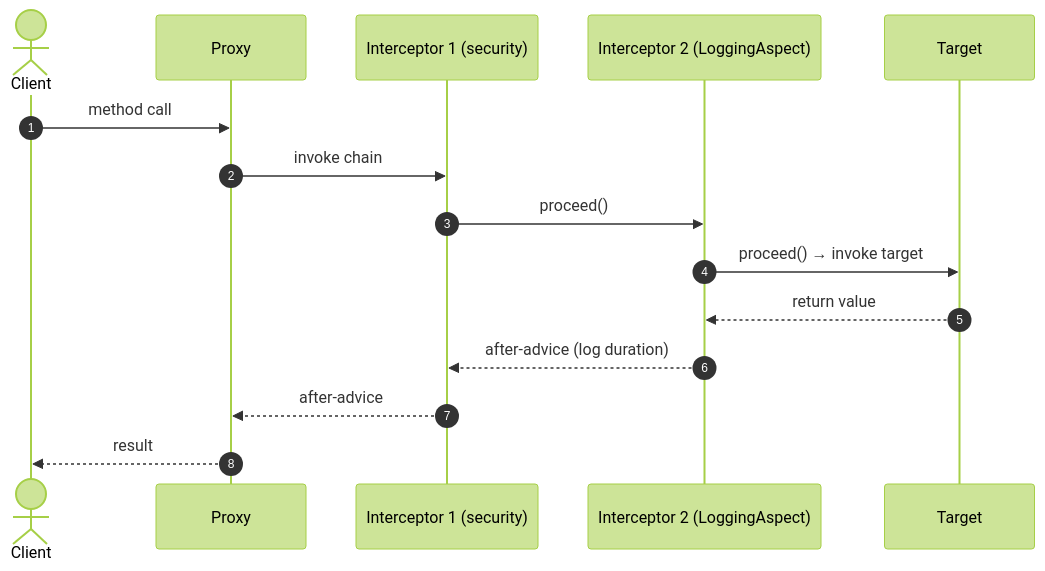
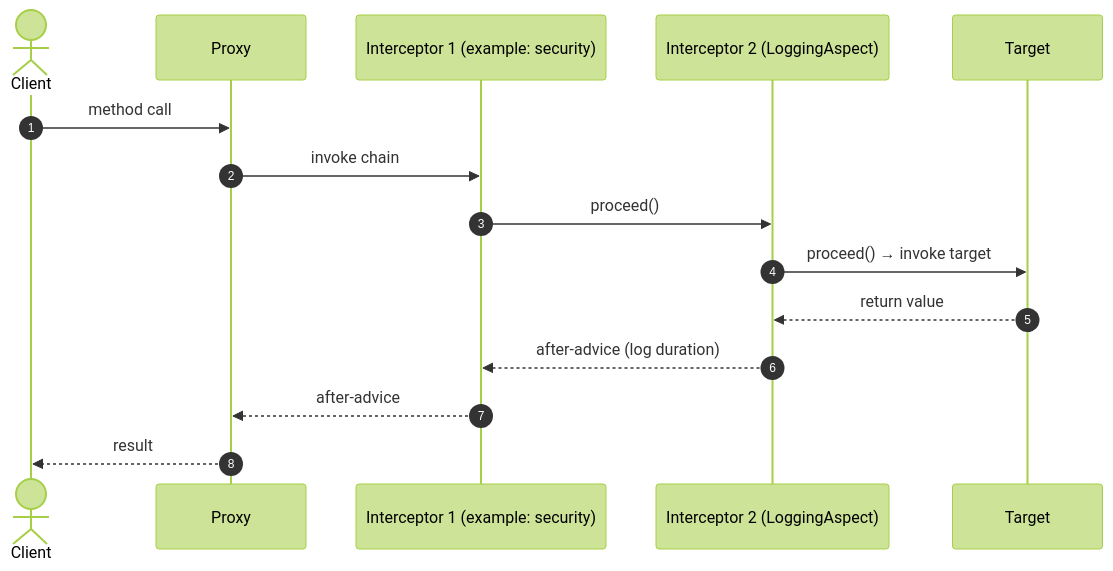
One commit to mohamad4444/cloud-native-purchase-system changed the sixth of 13 diagrams in docs/_drafts/thesis-concepts.md. Above: the diagram before and after it, drawn with Mermaid (forest theme). The commit also changed other lines of this file and 5 other files, not shown here.

Commit message:
docs: correct diagram inaccuracies found in source-code review

````diff
--- a/docs/_drafts/thesis-concepts.md
+++ b/docs/_drafts/thesis-concepts.md
@@ -127,17 +133,17 @@
 ```mermaid
 sequenceDiagram
   autonumber
   actor Client
   participant Proxy
-  participant A1 as Interceptor 1 (security)
+  participant A1 as Interceptor 1 (example: security)
   participant A2 as Interceptor 2 (LoggingAspect)
   participant Target
   Client->>Proxy: method call
   Proxy->>A1: invoke chain
   A1->>A2: proceed()
   A2->>Target: proceed() → invoke target
   Target-->>A2: return value
   A2-->>A1: after-advice (log duration)
   A1-->>Proxy: after-advice
   Proxy-->>Client: result
 ```
````
